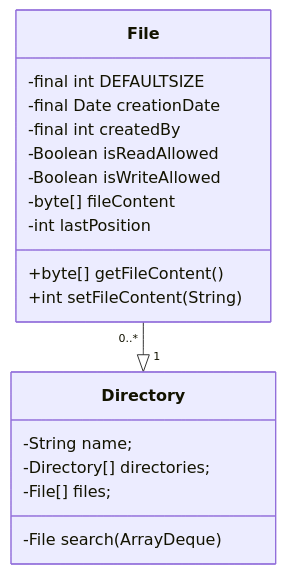
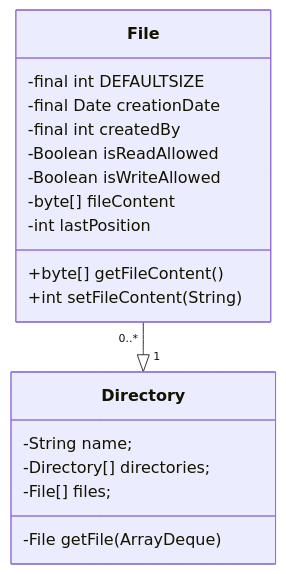
The first of 2 diagrams in design/class.md (kaitokimuraofficial/distributed-file-systems), drawn with Mermaid before and after one commit. The commit also changed 2 other files, not shown here.

Commit message:
Change name of the method in Directory Class

````diff
--- a/design/class.md
+++ b/design/class.md
@@ -1,28 +1,28 @@
 ```mermaid
 classDiagram
   File "0..*" --|> "1" Directory
 
   class File{
     -final int DEFAULTSIZE
     -final Date creationDate
     -final int createdBy
 
     -Boolean isReadAllowed
     -Boolean isWriteAllowed
 
     -byte[] fileContent
     -int lastPosition
 
     +byte[] getFileContent()
     +int setFileContent(String)
   }
 
   class Directory{
     -String name;
     -Directory[] directories;
     -File[] files;
 
-    -File search(ArrayDeque<String>)
+    -File getFile(ArrayDeque<String>)
   }
 
 ```
````
